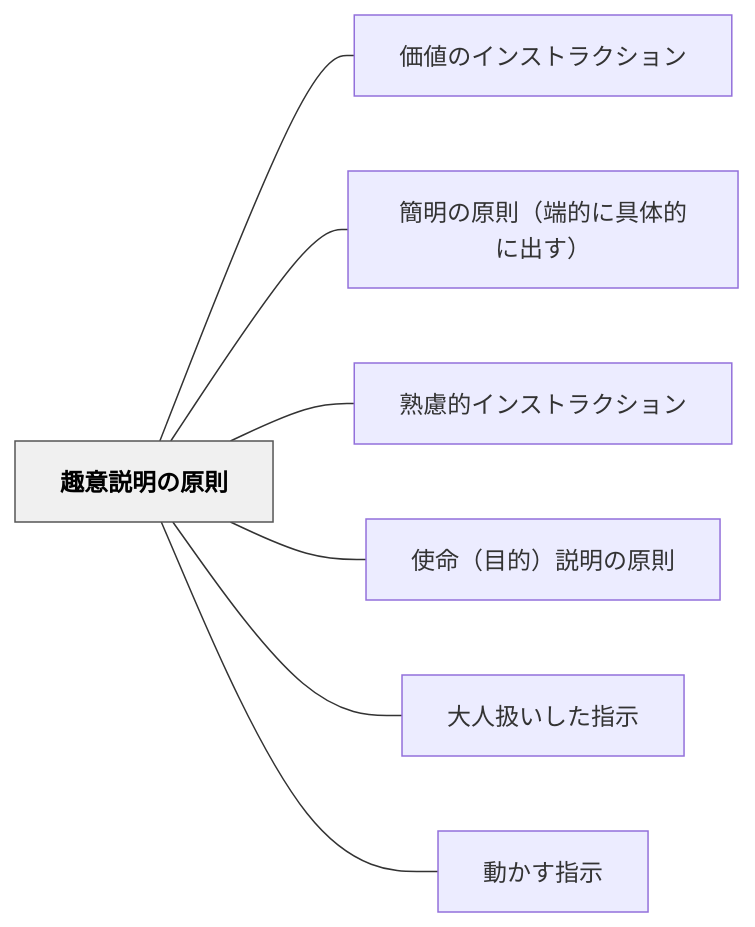
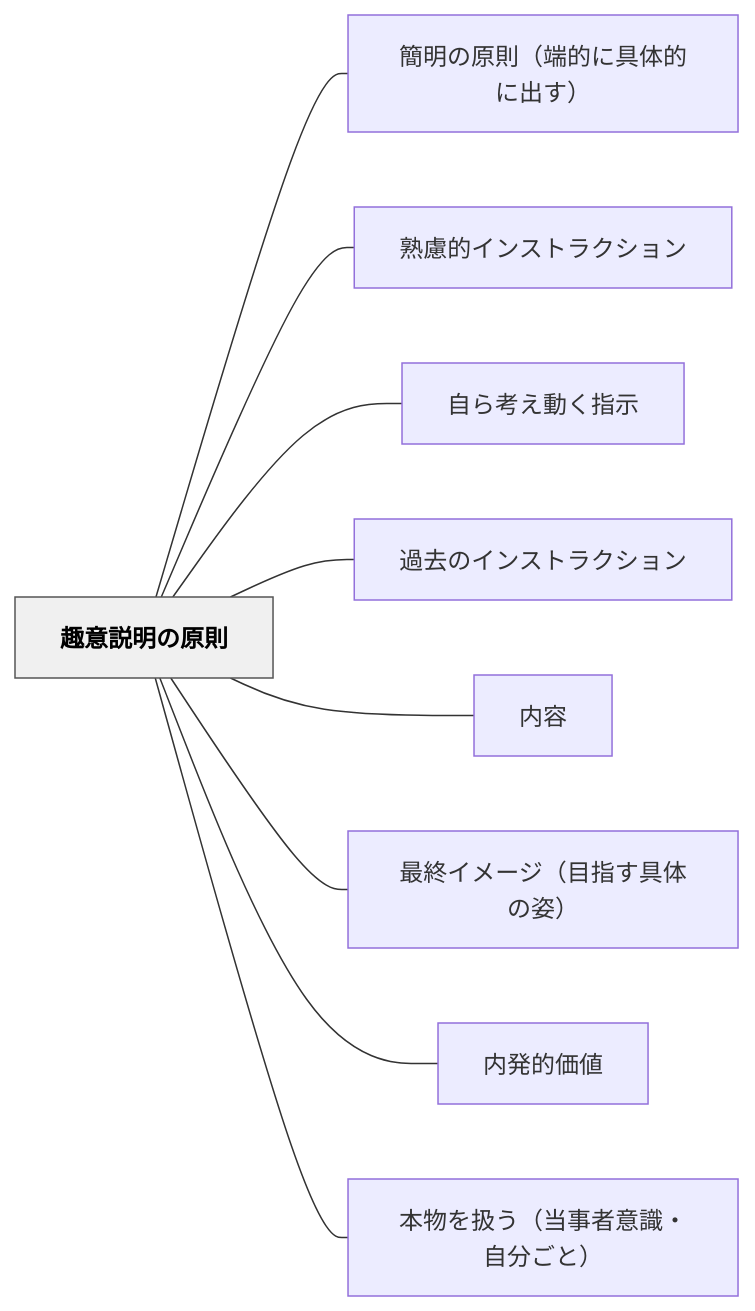
One commit to unknownthings-ed-patterns/unknownthings-ed-patterns changed the diagram in content/パタン/趣意説明の原則.md. Above: the diagram before and after it, drawn with Mermaid. The commit also changed other lines of this file and 41 other files, not shown here.

````diff
--- a/content/パタン/趣意説明の原則.md
+++ b/content/パタン/趣意説明の原則.md
@@ -36,20 +53,24 @@
 ```mermaid
 flowchart LR
     ne8b6a3e6848fe8aaace6988ee381aee58e9fe58987["趣意説明の原則"]
-    ne4bea1e580a4e381aee382a4e383b3e382b9e38388e383a9e382afe382b7e383a7e383b3["価値のインストラクション"]
     ne7b0a1e6988ee381aee58e9fe58987efbc88e7abafe79a84e381abe585b7e4bd93e79a84e381abe587bae38199efbc89["簡明の原則（端的に具体的に出す）"]
     ne7869fe685aee79a84e382a4e383b3e382b9e38388e383a9e382afe382b7e383a7e383b3["熟慮的インストラクション"]
-    ne4bdbfe591bdefbc88e79baee79a84efbc89e8aaace6988ee381aee58e9fe58987["使命（目的）説明の原則"]
-    ne5a4a7e4babae689b1e38184e38197e3819fe68c87e7a4ba["大人扱いした指示"]
-    ne58b95e3818be38199e68c87e7a4ba["動かす指示"]
+    ne887aae38289e88083e38188e58b95e3818fe68c87e7a4ba["自ら考え動く指示"]
+    ne9818ee58ebbe381aee382a4e383b3e382b9e38388e383a9e382afe382b7e383a7e383b3["過去のインストラクション"]
+    ne58685e5aeb9["内容"]
+    ne69c80e7b582e382a4e383a1e383bce382b8efbc88e79baee68c87e38199e585b7e4bd93e381aee5a7bfefbc89["最終イメージ（目指す具体の姿）"]
+    ne58685e799bae79a84e4bea1e580a4["内発的価値"]
+    ne69cace789a9e38292e689b1e38186efbc88e5bd93e4ba8be88085e6848fe8ad98e383bbe887aae58886e38194e381a8efbc89["本物を扱う（当事者意識・自分ごと）"]
 
-    ne8b6a3e6848fe8aaace6988ee381aee58e9fe58987 --- ne4bea1e580a4e381aee382a4e383b3e382b9e38388e383a9e382afe382b7e383a7e383b3
     ne8b6a3e6848fe8aaace6988ee381aee58e9fe58987 --- ne7b0a1e6988ee381aee58e9fe58987efbc88e7abafe79a84e381abe585b7e4bd93e79a84e381abe587bae38199efbc89
     ne8b6a3e6848fe8aaace6988ee381aee58e9fe58987 --- ne7869fe685aee79a84e382a4e383b3e382b9e38388e383a9e382afe382b7e383a7e383b3
-    ne8b6a3e6848fe8aaace6988ee381aee58e9fe58987 --- ne4bdbfe591bdefbc88e79baee79a84efbc89e8aaace6988ee381aee58e9fe58987
-    ne8b6a3e6848fe8aaace6988ee381aee58e9fe58987 --- ne5a4a7e4babae689b1e38184e38197e3819fe68c87e7a4ba
-    ne8b6a3e6848fe8aaace6988ee381aee58e9fe58987 --- ne58b95e3818be38199e68c87e7a4ba
+    ne8b6a3e6848fe8aaace6988ee381aee58e9fe58987 --- ne887aae38289e88083e38188e58b95e3818fe68c87e7a4ba
+    ne8b6a3e6848fe8aaace6988ee381aee58e9fe58987 --- ne9818ee58ebbe381aee382a4e383b3e382b9e38388e383a9e382afe382b7e383a7e383b3
+    ne8b6a3e6848fe8aaace6988ee381aee58e9fe58987 --- ne58685e5aeb9
+    ne8b6a3e6848fe8aaace6988ee381aee58e9fe58987 --- ne69c80e7b582e382a4e383a1e383bce382b8efbc88e79baee68c87e38199e585b7e4bd93e381aee5a7bfefbc89
+    ne8b6a3e6848fe8aaace6988ee381aee58e9fe58987 --- ne58685e799bae79a84e4bea1e580a4
+    ne8b6a3e6848fe8aaace6988ee381aee58e9fe58987 --- ne69cace789a9e38292e689b1e38186efbc88e5bd93e4ba8be88085e6848fe8ad98e383bbe887aae58886e38194e381a8efbc89
 
     classDef hub fill:#f0f0f0,stroke:#555,color:#000,font-weight:bold
     class ne8b6a3e6848fe8aaace6988ee381aee58e9fe58987 hub
 ```
````
